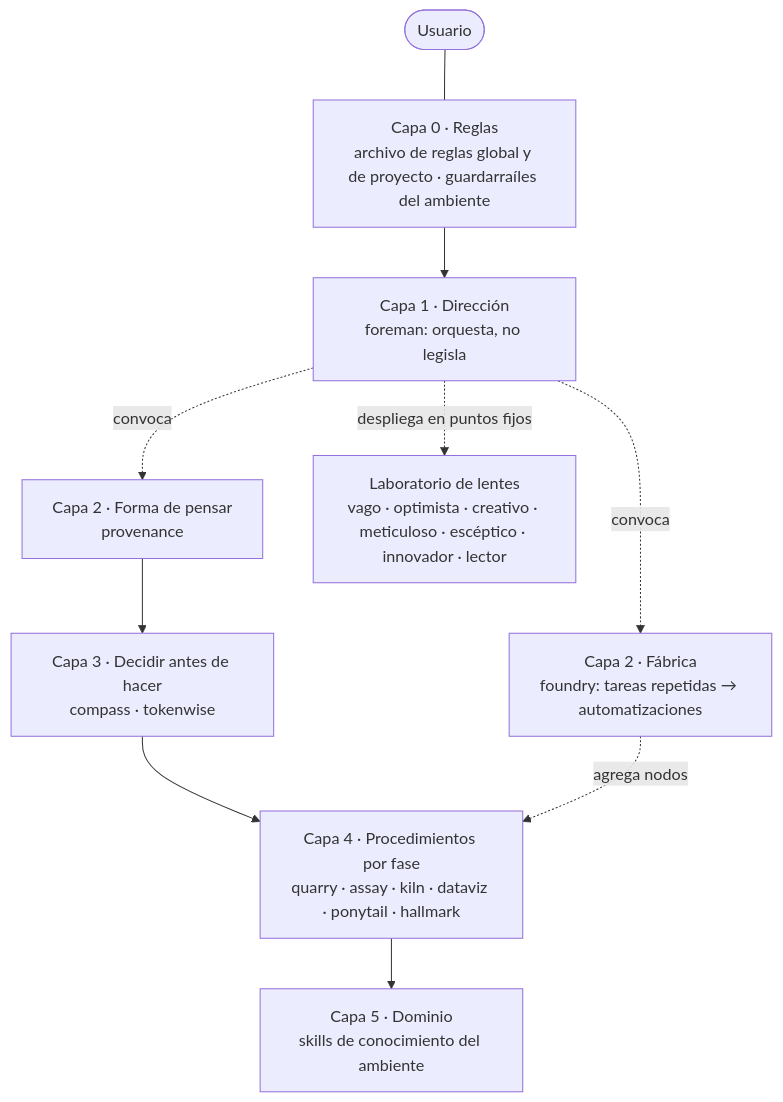
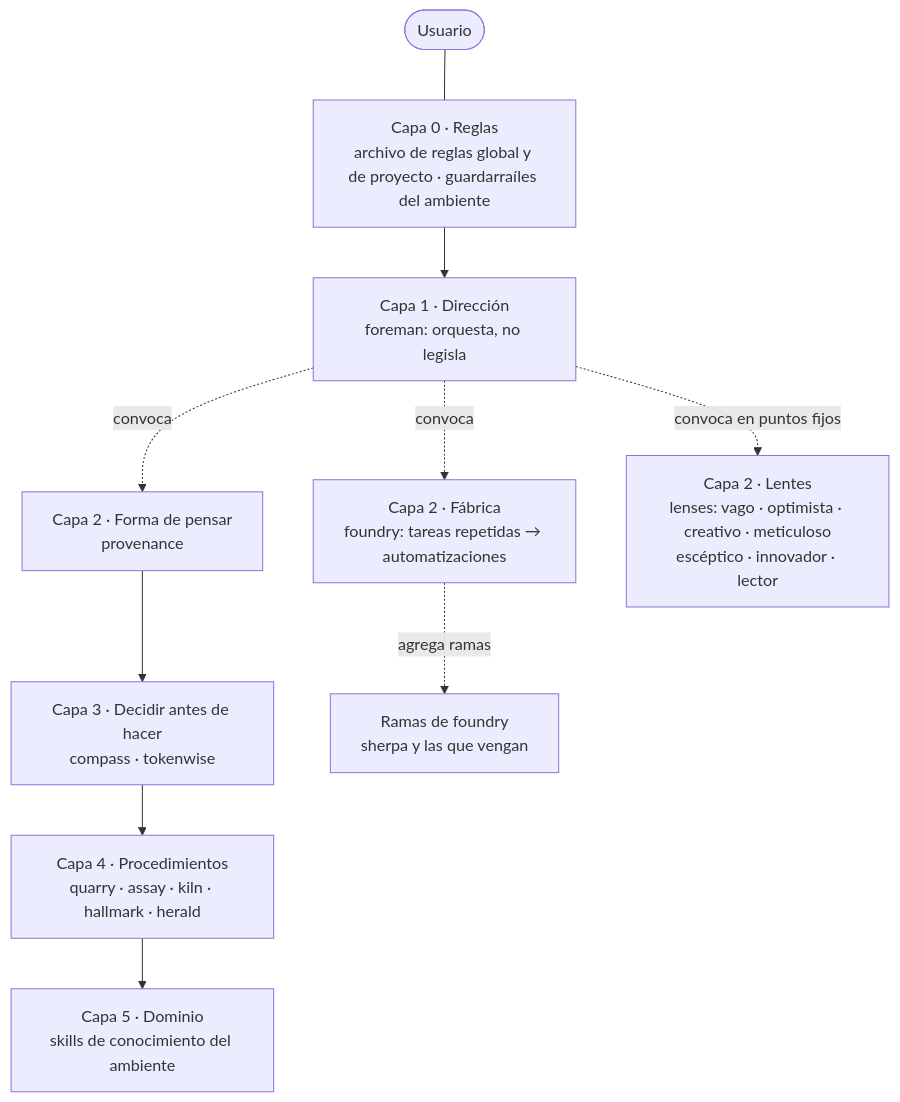
The first of 2 diagrams in mapa/MAPA.md (joacom369/guild), drawn with Mermaid before and after one commit. The commit also changed other lines of this file and 59 other files, not shown here.

First line of the commit message:
Reestructurar el árbol: delegación por pedido, lenses, herald y fuentes enchufables

````diff
--- a/mapa/MAPA.md
+++ b/mapa/MAPA.md
@@ -44,13 +44,13 @@
 ```mermaid
 flowchart TD
   U([Usuario]) --- R
   R[Capa 0 · Reglas<br/>archivo de reglas global y de proyecto · guardarraíles del ambiente]
   R --> F[Capa 1 · Dirección<br/>foreman: orquesta, no legisla]
   F -. convoca .-> P[Capa 2 · Forma de pensar<br/>provenance]
   F -. convoca .-> FO[Capa 2 · Fábrica<br/>foundry: tareas repetidas → automatizaciones]
+  F -. convoca en puntos fijos .-> L[Capa 2 · Lentes<br/>lenses: vago · optimista · creativo · meticuloso<br/>escéptico · innovador · lector]
   P --> D[Capa 3 · Decidir antes de hacer<br/>compass · tokenwise]
-  D --> X[Capa 4 · Procedimientos por fase<br/>quarry · assay · kiln · dataviz · ponytail · hallmark]
+  D --> X[Capa 4 · Procedimientos<br/>quarry · assay · kiln · hallmark · herald]
   X --> DOM[Capa 5 · Dominio<br/>skills de conocimiento del ambiente]
-  FO -. agrega nodos .-> X
-  F -. despliega en puntos fijos .-> L[Laboratorio de lentes<br/>vago · optimista · creativo · meticuloso · escéptico · innovador · lector]
+  FO -. agrega ramas .-> H[Ramas de foundry<br/>sherpa y las que vengan]
 ```
````
